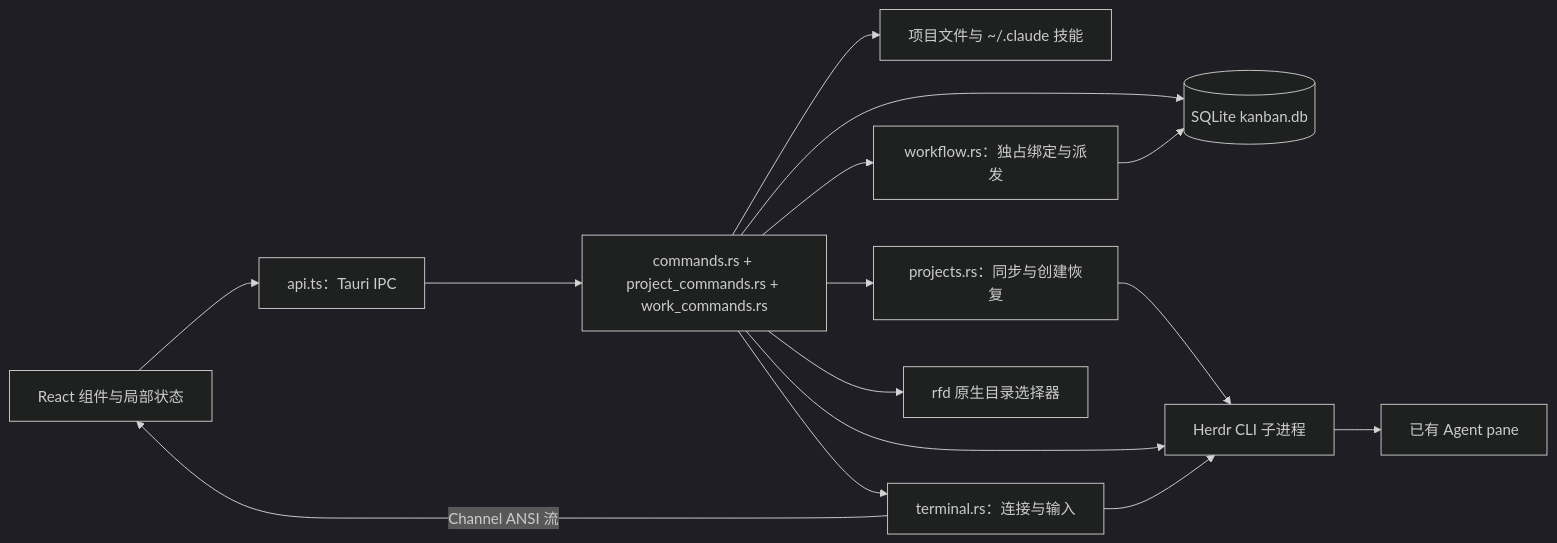
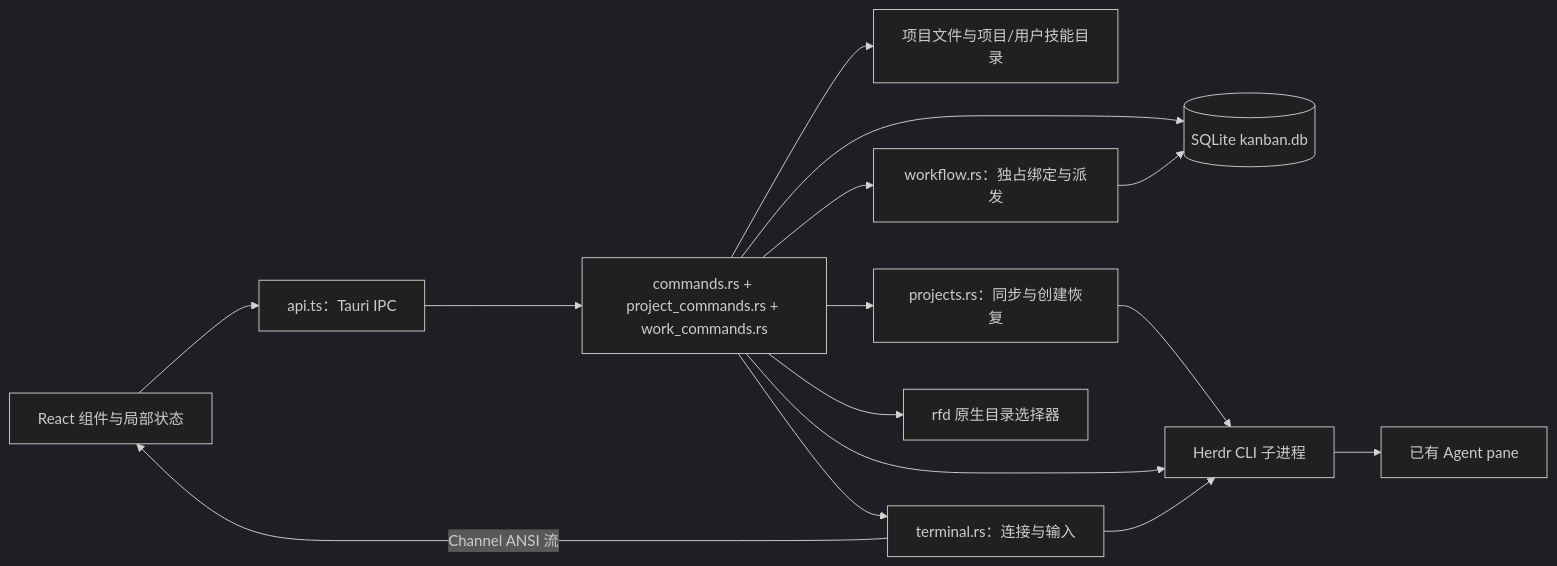
Before and after one commit to legendxcheng/ContextSwitcher: the first of 3 diagrams in kanban_code_structure.md, drawn with Mermaid (dark theme). The commit also changed other lines of this file and 72 other files, not shown here.

````diff
--- a/kanban_code_structure.md
+++ b/kanban_code_structure.md
@@ -21,17 +23,17 @@
 ```mermaid
 flowchart LR
     UI[React 组件与局部状态] --> API[api.ts：Tauri IPC]
     API --> CMD[commands.rs + project_commands.rs + work_commands.rs]
     CMD --> DB[(SQLite kanban.db)]
-    CMD --> FILE[项目文件与 ~/.claude 技能]
+    CMD --> FILE[项目文件与项目/用户技能目录]
     CMD --> PS[projects.rs：同步与创建恢复]
     PS --> CLI
     CMD --> CLI[Herdr CLI 子进程]
     CLI --> AGENT[已有 Agent pane]
     CMD --> WF[workflow.rs：独占绑定与派发]
     WF --> DB
     CMD --> TERM[terminal.rs：连接与输入]
     TERM --> CLI
     TERM -->|Channel ANSI 流| UI
     CMD --> PICK[rfd 原生目录选择器]
 ```
````
